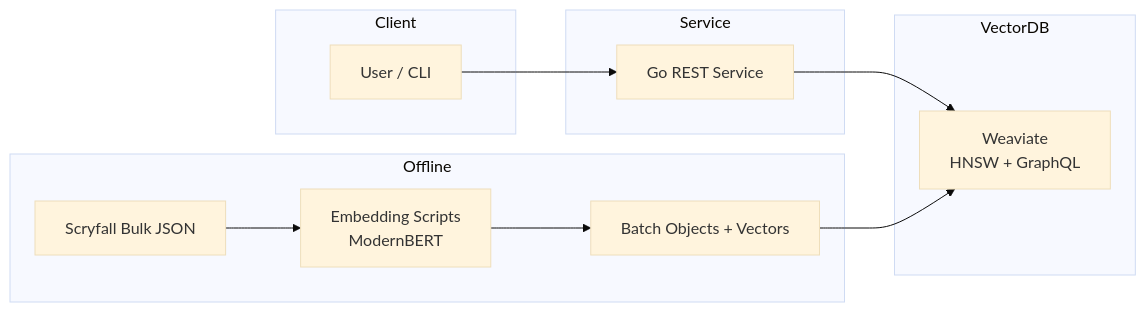
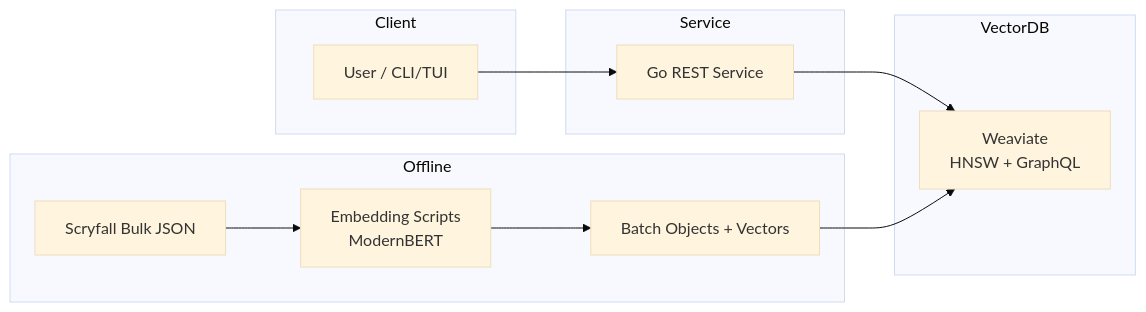
Before and after one commit to domano/decktech: the first of 3 diagrams in ARCHITECTURE.md, drawn with Mermaid (base theme). The commit also changed other lines of this file and 9 other files, not shown here.

````diff
--- a/ARCHITECTURE.md
+++ b/ARCHITECTURE.md
@@ -6,19 +6,19 @@
 ```mermaid
 graph LR
   subgraph Client
-    U[User / CLI]
+    U[User / CLI/TUI]
   end
   subgraph Service
     S[Go REST Service]
   end
   subgraph VectorDB
     W[Weaviate\nHNSW + GraphQL]
   end
   subgraph Offline
     J[Scryfall Bulk JSON]
     E[Embedding Scripts\nModernBERT]
     B[Batch Objects + Vectors]
   end
   U --> S --> W
   J --> E --> B --> W
 ```
````
